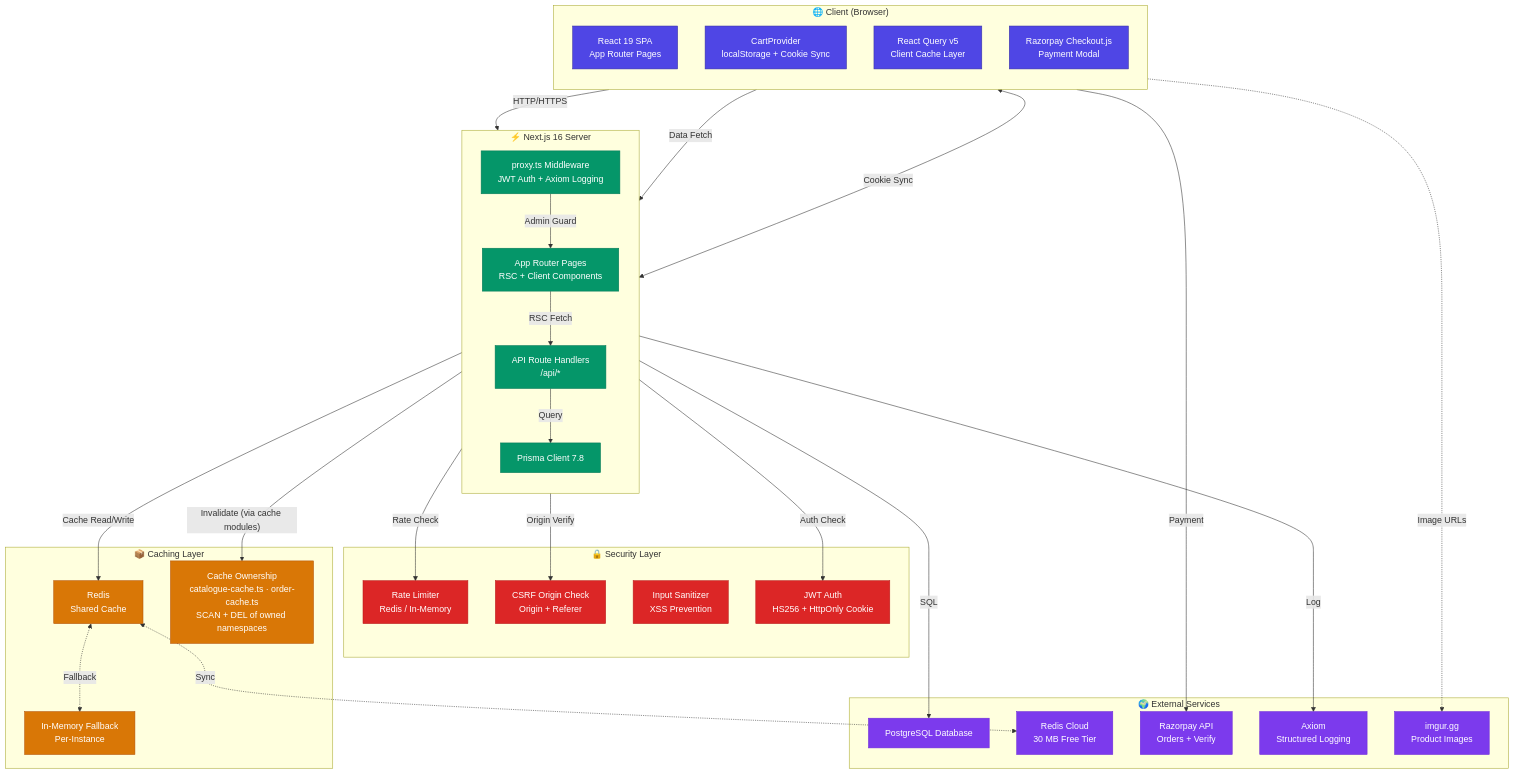
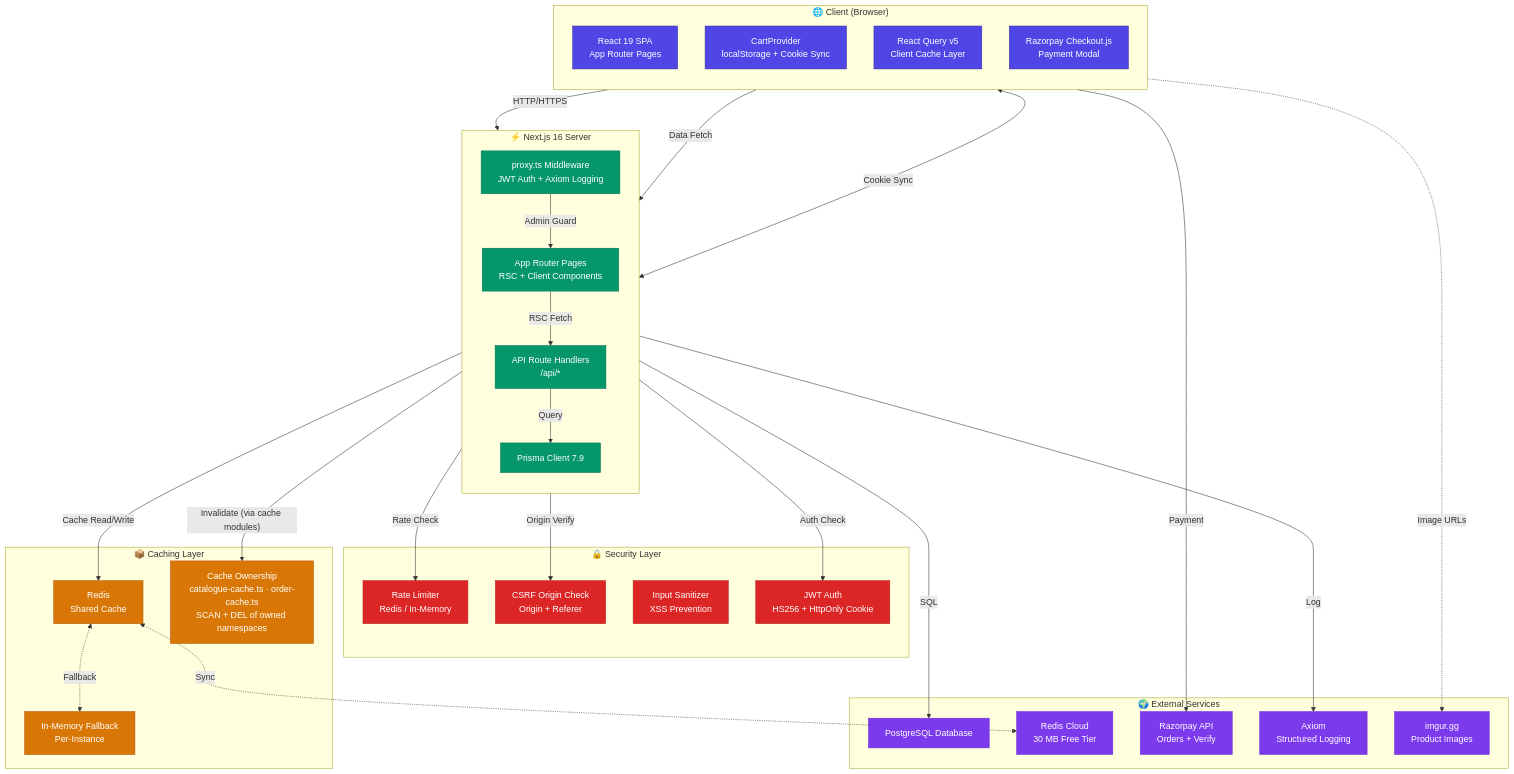
One commit to deepak-sekarbabu-coder/chinni-treasure changed the first of 10 diagrams in chinni-treasure/docs/ARCHITECTURE_DIAGRAMS.md. Above: the diagram before and after it, drawn with Mermaid. The commit also changed other lines of this file and 7 other files, not shown here.

Commit message:
Refactor caching strategy and remove recent products API; update documentation and architecture diagrams

````diff
--- a/chinni-treasure/docs/ARCHITECTURE_DIAGRAMS.md
+++ b/chinni-treasure/docs/ARCHITECTURE_DIAGRAMS.md
@@ -7,69 +7,69 @@
 ```mermaid
 graph TB
     subgraph Client["🌐 Client (Browser)"]
         direction TB
         React["React 19 SPA<br/>App Router Pages"]
         CartState["CartProvider<br/>localStorage + Cookie Sync"]
         ReactQuery["React Query v5<br/>Client Cache Layer"]
         RazorpaySDK["Razorpay Checkout.js<br/>Payment Modal"]
     end
 
     subgraph NextServer["⚡ Next.js 16 Server"]
         direction TB
         Middleware["proxy.ts Middleware<br/>JWT Auth + Axiom Logging"]
         AppRouter["App Router Pages<br/>RSC + Client Components"]
         APIRoutes["API Route Handlers<br/>/api/*"]
-        PrismaClient["Prisma Client 7.8"]
+        PrismaClient["Prisma Client 7.9"]
     end
 
     subgraph Security["🔒 Security Layer"]
         RateLimiter["Rate Limiter<br/>Redis / In-Memory"]
         CSRF["CSRF Origin Check<br/>Origin + Referer"]
         Sanitizer["Input Sanitizer<br/>XSS Prevention"]
         Auth["JWT Auth<br/>HS256 + HttpOnly Cookie"]
     end
 
     subgraph Cache["📦 Caching Layer"]
         Redis["Redis<br/>Shared Cache"]
         MemFallback["In-Memory Fallback<br/>Per-Instance"]
         CacheInvalidation["Cache Ownership<br/>catalogue-cache.ts · order-cache.ts<br/>SCAN + DEL of owned namespaces"]
     end
 
     subgraph External["🌍 External Services"]
         PostgreSQL["PostgreSQL Database"]
         RedisCloud["Redis Cloud<br/>30 MB Free Tier"]
         RazorpayAPI["Razorpay API<br/>Orders + Verify"]
         Axiom["Axiom<br/>Structured Logging"]
         Imgur["imgur.gg<br/>Product Images"]
     end
 
     React -->|"HTTP/HTTPS"| Middleware
     Middleware -->|"Admin Guard"| AppRouter
     AppRouter -->|"RSC Fetch"| APIRoutes
     APIRoutes -->|"Query"| PrismaClient
     PrismaClient -->|"SQL"| PostgreSQL
     APIRoutes -->|"Auth Check"| Auth
     APIRoutes -->|"Rate Check"| RateLimiter
     APIRoutes -->|"Origin Verify"| CSRF
     APIRoutes -->|"Cache Read/Write"| Redis
     Redis <-.->|"Sync"| RedisCloud
     Redis <-.->|"Fallback"| MemFallback
     APIRoutes -->|"Invalidate (via cache modules)"| CacheInvalidation
     ReactQuery -->|"Data Fetch"| APIRoutes
     RazorpaySDK -->|"Payment"| RazorpayAPI
     APIRoutes -->|"Log"| Axiom
     React -.->|"Image URLs"| Imgur
     CartState <-->|"Cookie Sync"| AppRouter
 
     classDef clientStyle fill:#4F46E5,stroke:#3730A3,color:#FFFFFF
     classDef serverStyle fill:#059669,stroke:#047857,color:#FFFFFF
     classDef securityStyle fill:#DC2626,stroke:#B91C1C,color:#FFFFFF
     classDef cacheStyle fill:#D97706,stroke:#B45309,color:#FFFFFF
     classDef externalStyle fill:#7C3AED,stroke:#6D28D9,color:#FFFFFF
 
     class React,CartState,ReactQuery,RazorpaySDK clientStyle
     class Middleware,AppRouter,APIRoutes,PrismaClient serverStyle
     class RateLimiter,CSRF,Sanitizer,Auth securityStyle
     class Redis,MemFallback,CacheInvalidation cacheStyle
     class PostgreSQL,RedisCloud,RazorpayAPI,Axiom,Imgur externalStyle
 ```
````
